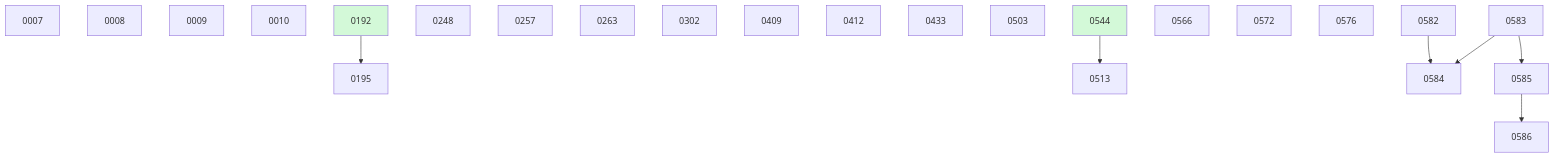
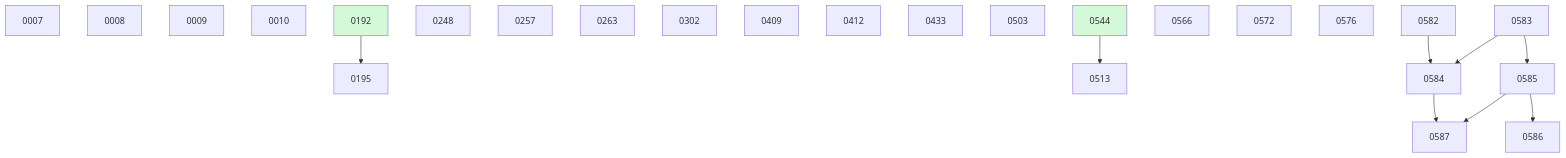
The diagram in docs/changes/BOARD.md (danielhanold/docket), drawn with Mermaid before and after one commit. The commit also changed other lines of this file and 1 other file, not shown here.

````diff
--- a/docs/changes/BOARD.md
+++ b/docs/changes/BOARD.md
@@ -37,29 +38,31 @@
 ```mermaid
 graph TD
   0007
   0008
   0009
   0010
   0192 --> 0195
   0248
   0257
   0263
   0302
   0409
   0412
   0433
   0503
   0544 --> 0513
   0566
   0572
   0576
   0582
   0583
   0582 --> 0584
   0583 --> 0584
   0583 --> 0585
   0585 --> 0586
+  0584 --> 0587
+  0585 --> 0587
   0192:::done
   0544:::done
   classDef done fill:#d3f9d8;
 ```
````
